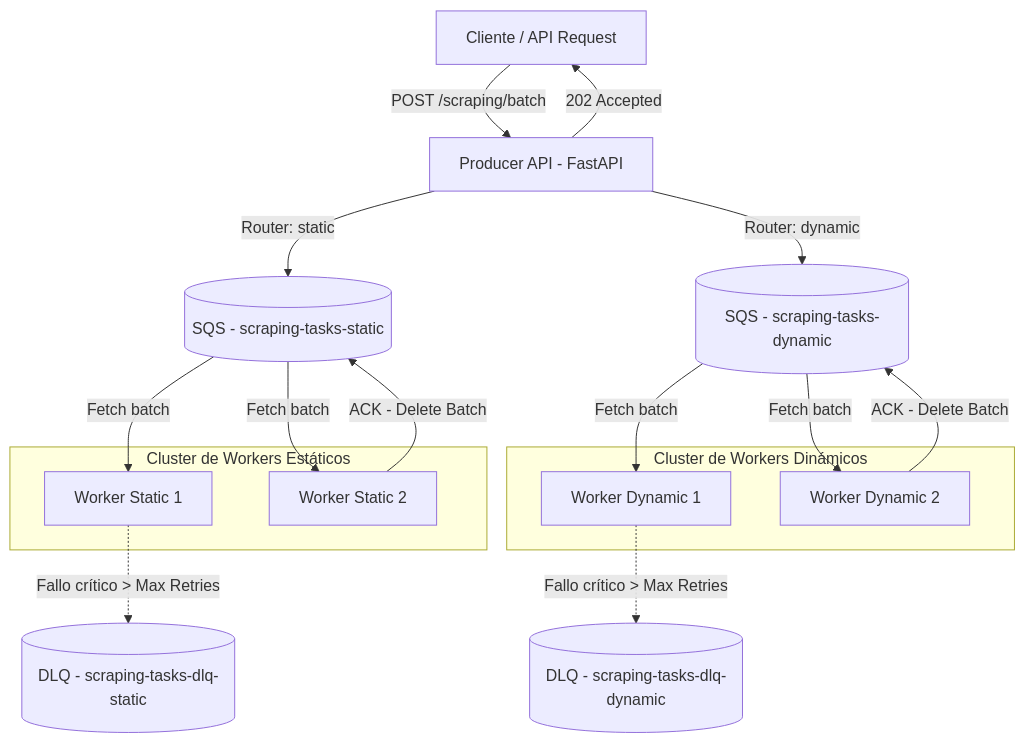
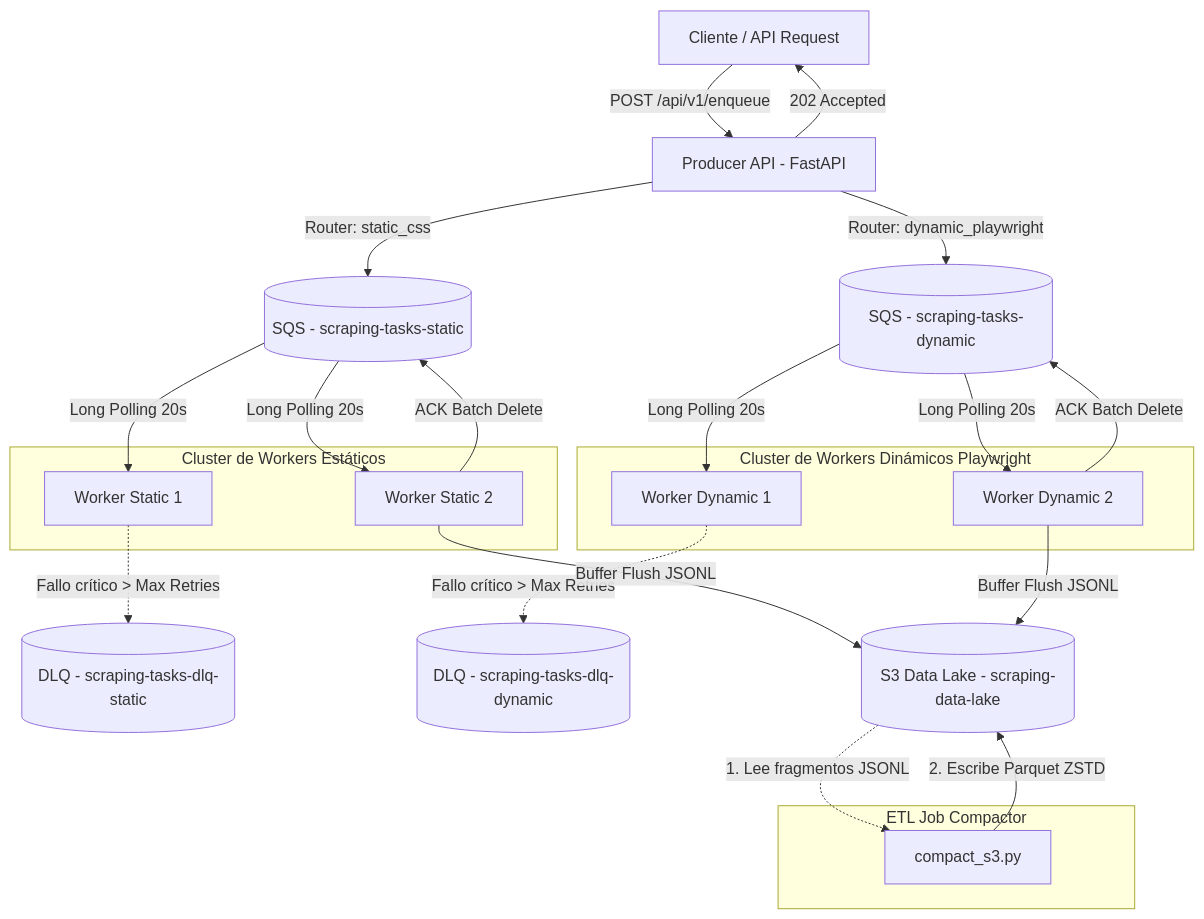
One commit to ArturoCarrilloJimenez/WebScrapingDistributed changed the diagram in README.md. Above: the diagram before and after it, drawn with Mermaid. The commit also changed other lines of this file and 12 other files, not shown here.

````diff
--- a/README.md
+++ b/README.md
@@ -37,30 +36,40 @@
 ```mermaid
 graph TD
-    Client[Cliente / API Request] -->|POST /scraping/batch| Producer[Producer API - FastAPI]
+    Client[Cliente / API Request] -->|POST /api/v1/enqueue| Producer[Producer API - FastAPI]
     Producer -->|202 Accepted| Client
     
-    Producer -->|Router: static| SQSStatic[(SQS - scraping-tasks-static)]
-    Producer -->|Router: dynamic| SQSDynamic[(SQS - scraping-tasks-dynamic)]
+    Producer -->|Router: static_css| SQSStatic[(SQS - scraping-tasks-static)]
+    Producer -->|Router: dynamic_playwright| SQSDynamic[(SQS - scraping-tasks-dynamic)]
     
     subgraph Cluster de Workers Estáticos
         WorkerS1[Worker Static 1]
         WorkerS2[Worker Static 2]
     end
 
-    subgraph Cluster de Workers Dinámicos
+    subgraph Cluster de Workers Dinámicos Playwright
         WorkerD1[Worker Dynamic 1]
         WorkerD2[Worker Dynamic 2]
     end
 
-    SQSStatic -->|Fetch batch| WorkerS1
-    SQSStatic -->|Fetch batch| WorkerS2
+    SQSStatic -->|Long Polling 20s| WorkerS1
+    SQSStatic -->|Long Polling 20s| WorkerS2
     
-    SQSDynamic -->|Fetch batch| WorkerD1
-    SQSDynamic -->|Fetch batch| WorkerD2
+    SQSDynamic -->|Long Polling 20s| WorkerD1
+    SQSDynamic -->|Long Polling 20s| WorkerD2
 
     WorkerS1 -.->|Fallo crítico > Max Retries| DLQStatic[(DLQ - scraping-tasks-dlq-static)]
     WorkerD1 -.->|Fallo crítico > Max Retries| DLQDynamic[(DLQ - scraping-tasks-dlq-dynamic)]
     
-    WorkerS2 -->|ACK - Delete Batch| SQSStatic
-    WorkerD2 -->|ACK - Delete Batch| SQSDynamic
+    WorkerS2 -->|Buffer Flush JSONL| S3Bucket[(S3 Data Lake - scraping-data-lake)]
+    WorkerD2 -->|Buffer Flush JSONL| S3Bucket
+    
+    WorkerS2 -->|ACK Batch Delete| SQSStatic
+    WorkerD2 -->|ACK Batch Delete| SQSDynamic
+
+    subgraph ETL Job Compactor
+        CompactorJob[compact_s3.py]
+    end
+
+    S3Bucket -.->|1. Lee fragmentos JSONL| CompactorJob
+    CompactorJob -->|2. Escribe Parquet ZSTD| S3Bucket
 ```
````
